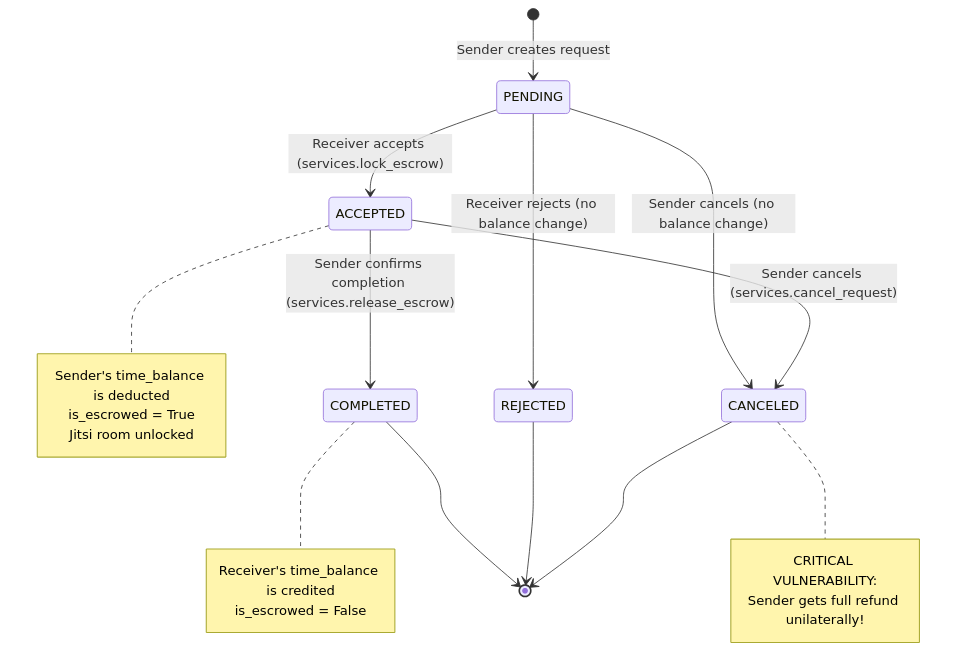
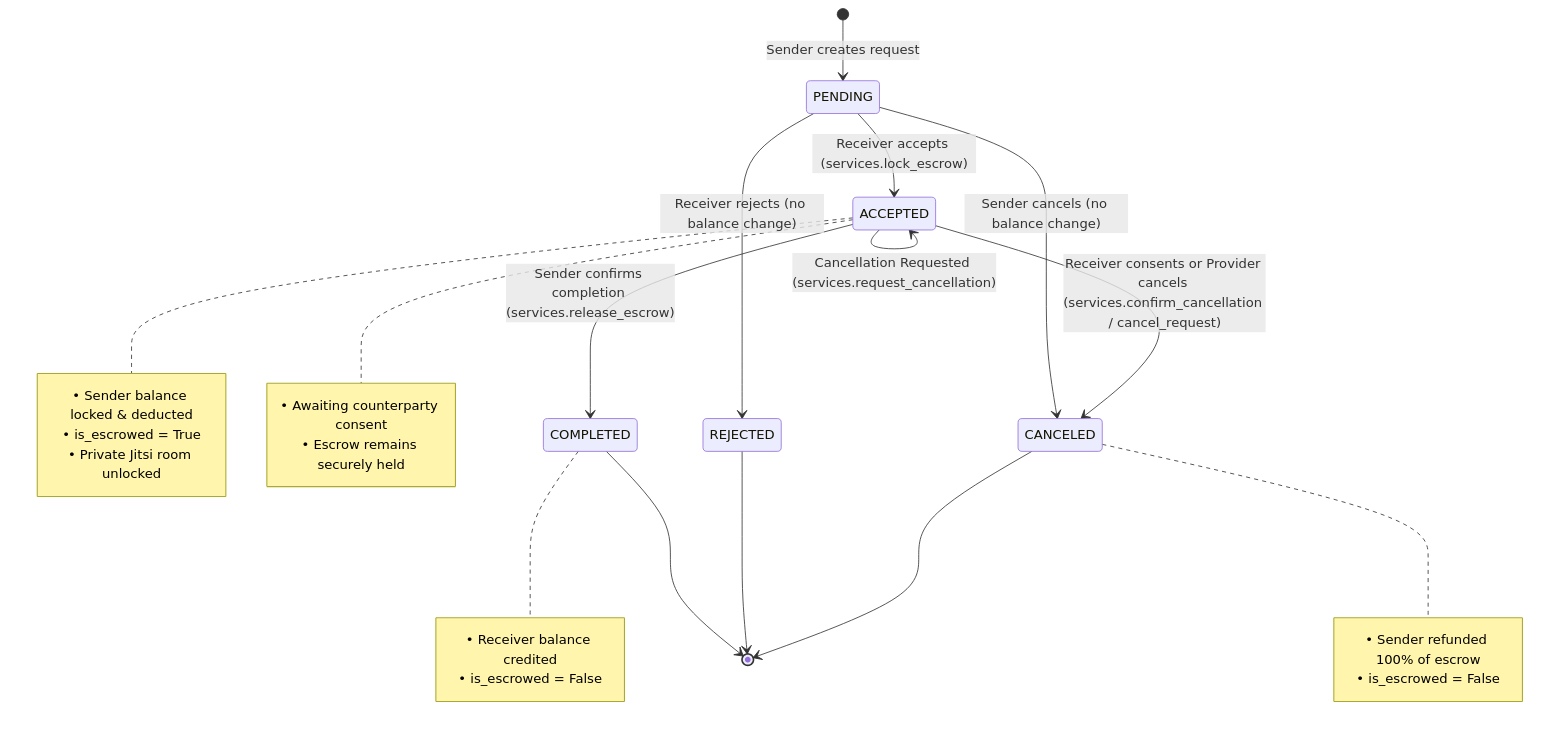
The second of 2 diagrams in project_analysis_report.md (Tusarkanta-07/hourx), drawn with Mermaid before and after one commit. The commit also changed other lines of this file, not shown here.

Commit message:
Docs: Improve layout, diagrams, and formatting of project_analysis_report.md

````diff
--- a/project_analysis_report.md
+++ b/project_analysis_report.md
@@ -113,25 +139,30 @@
 ```mermaid
 stateDiagram-v2
     [*] --> PENDING: Sender creates request
     PENDING --> REJECTED: Receiver rejects (no balance change)
     PENDING --> CANCELED: Sender cancels (no balance change)
     PENDING --> ACCEPTED: Receiver accepts (services.lock_escrow)
     note right of ACCEPTED
-        Sender's time_balance is deducted
-        is_escrowed = True
-        Jitsi room unlocked
+        • Sender balance locked & deducted
+        • is_escrowed = True
+        • Private Jitsi room unlocked
     end note
     ACCEPTED --> COMPLETED: Sender confirms completion (services.release_escrow)
     note right of COMPLETED
-        Receiver's time_balance is credited
-        is_escrowed = False
+        • Receiver balance credited
+        • is_escrowed = False
     end note
-    ACCEPTED --> CANCELED: Sender cancels (services.cancel_request)
+    ACCEPTED --> ACCEPTED: Cancellation Requested (services.request_cancellation)
+    note right of ACCEPTED
+        • Awaiting counterparty consent
+        • Escrow remains securely held
+    end note
+    ACCEPTED --> CANCELED: Receiver consents or Provider cancels (services.confirm_cancellation / cancel_request)
     note right of CANCELED
-        CRITICAL VULNERABILITY:
-        Sender gets full refund unilaterally!
+        • Sender refunded 100% of escrow
+        • is_escrowed = False
     end note
     COMPLETED --> [*]
     REJECTED --> [*]
     CANCELED --> [*]
 ```
````
